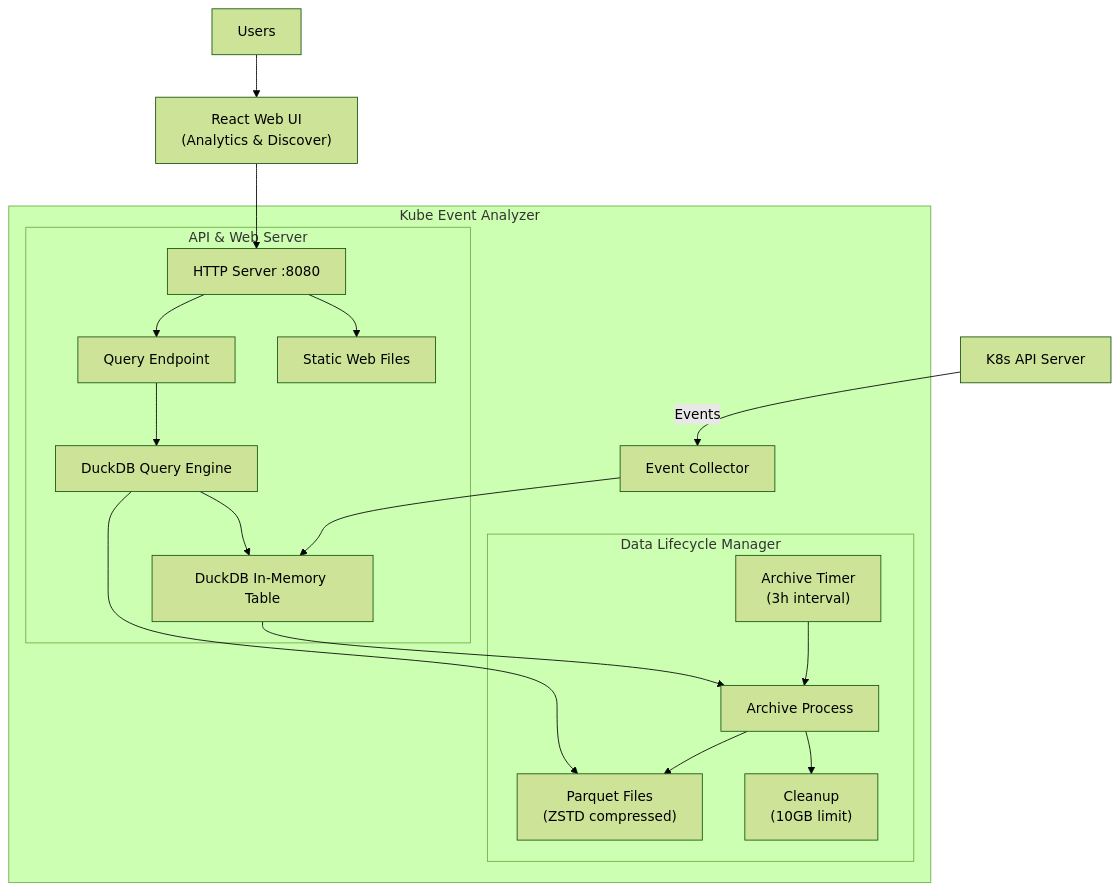
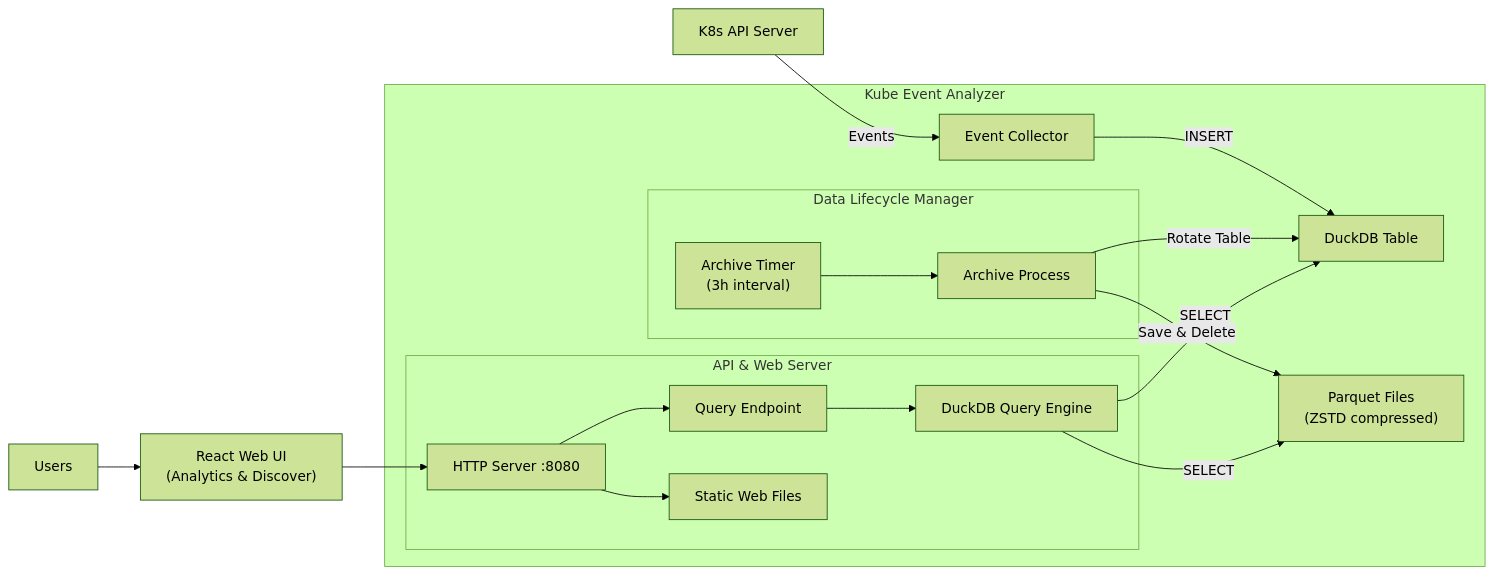
Before and after one commit to iwanhae/kabinet: the diagram in README.md, drawn with Mermaid (forest theme). The commit also changed other lines of this file, not shown here.

Commit message:
docs: update README to reflect architectural changes and feature enhancements
Revised the data flow diagram to improve clarity and accuracy, changing the diagram orientation and updating component interactions. Updated Node.js version requirement for frontend development and enhanced descriptions of storage features, including details on ZSTD compression efficiency. These changes aim to provide clearer insights into the project's architecture and capabilities.

````diff
--- a/README.md
+++ b/README.md
@@ -50,27 +50,24 @@
 ```mermaid
-graph TD
+graph LR
     A["K8s API Server"] -- "Events" --> B["Event Collector"]
     
     subgraph "Kube Event Analyzer"
-        B --> C["DuckDB In-Memory Table"]
-        
-        subgraph "Data Lifecycle Manager"
-            D["Archive Timer<br/>(3h interval)"] --> E["Archive Process"]
-            E --> F["Parquet Files<br/>(ZSTD compressed)"]
-            E --> G["Cleanup<br/>(10GB limit)"]
-        end
-        
-        C --> E
-        
         subgraph "API & Web Server"
             H["HTTP Server :8080"] --> I["Query Endpoint"]
             H --> J["Static Web Files"]
             I --> K["DuckDB Query Engine"]
-            K --> C
-            K --> F
         end
+        
+        subgraph "Data Lifecycle Manager"
+            D["Archive Timer<br/>(3h interval)"] --> E["Archive Process"]
+        end
+				B --"INSERT"--> C["DuckDB Table"]
+				E --"Rotate Table"--> C
+        E --"Save & Delete"--> F["Parquet Files<br/>(ZSTD compressed)"]
+        K --"SELECT"--> C
+        K --"SELECT"--> F
     end
     
     L["Users"] --> M["React Web UI<br/>(Analytics & Discover)"]
     M --> H
 ```
````
